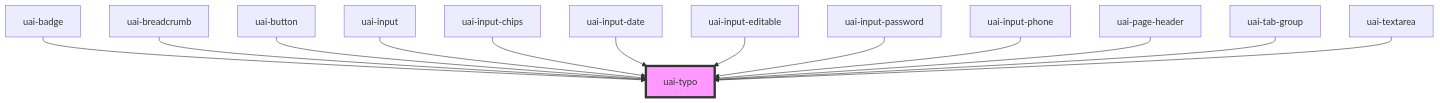
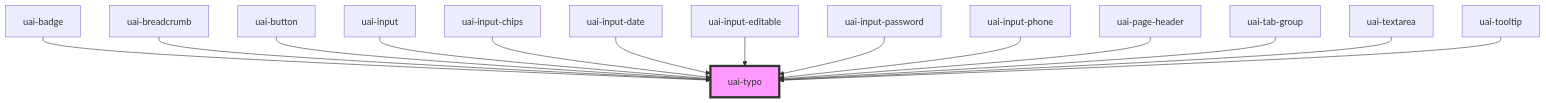
Before and after one commit to takenet/blip-ds: the diagram in src/components/uai-typo/readme.md, drawn with Mermaid. The commit also changed other lines of this file and 18 other files, not shown here.

First line of the commit message:
feat(uai-tooltip): add UAI tooltip and deprecate bds-tooltip

````diff
--- a/src/components/uai-typo/readme.md
+++ b/src/components/uai-typo/readme.md
@@ -61,16 +62,17 @@
 ```mermaid
 graph TD;
   uai-badge --> uai-typo
   uai-breadcrumb --> uai-typo
   uai-button --> uai-typo
   uai-input --> uai-typo
   uai-input-chips --> uai-typo
   uai-input-date --> uai-typo
   uai-input-editable --> uai-typo
   uai-input-password --> uai-typo
   uai-input-phone --> uai-typo
   uai-page-header --> uai-typo
   uai-tab-group --> uai-typo
   uai-textarea --> uai-typo
+  uai-tooltip --> uai-typo
   style uai-typo fill:#f9f,stroke:#333,stroke-width:4px
 ```
````
